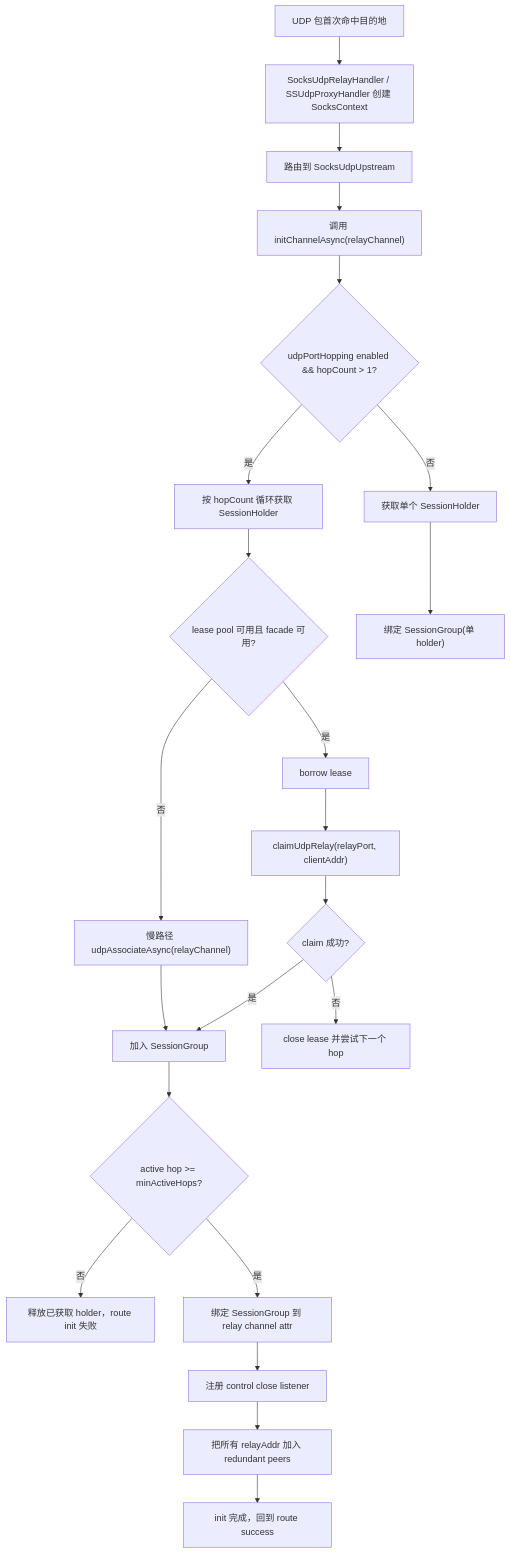
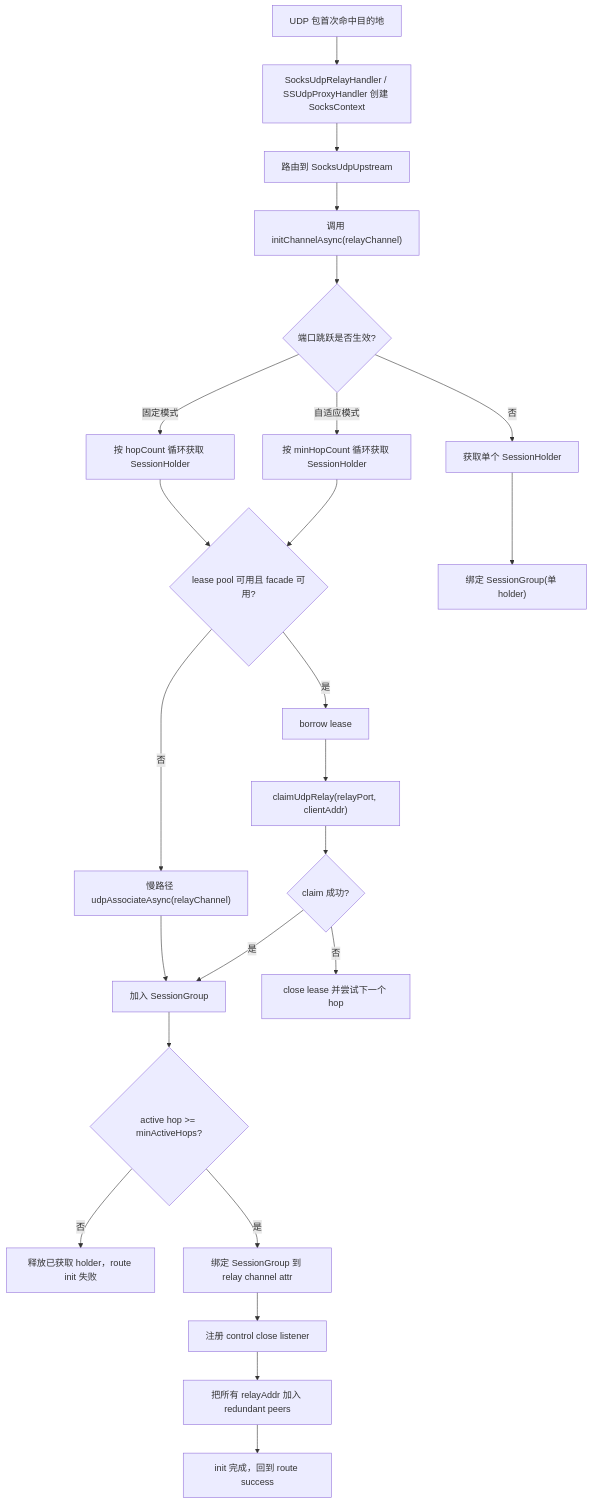
Before and after one commit to RockyLOMO/rxlib: the first of 4 diagrams in docs/plan/UdpSocks5UpstreamPortHopping-plan.md, drawn with Mermaid. The commit also changed other lines of this file and 7 other files, not shown here.

Commit message:
feat(socks): UDP Port Hopping 配置细化与处理器优化

````diff
--- a/docs/plan/UdpSocks5UpstreamPortHopping-plan.md
+++ b/docs/plan/UdpSocks5UpstreamPortHopping-plan.md
@@ -263,24 +323,26 @@
 ```mermaid
 flowchart TD
     A["UDP 包首次命中目的地"] --> B["SocksUdpRelayHandler / SSUdpProxyHandler 创建 SocksContext"]
     B --> C["路由到 SocksUdpUpstream"]
     C --> D["调用 initChannelAsync(relayChannel)"]
-    D --> E{"udpPortHopping enabled && hopCount > 1?"}
+    D --> E{"端口跳跃是否生效?"}
     E -- "否" --> F["获取单个 SessionHolder"]
-    E -- "是" --> G["按 hopCount 循环获取 SessionHolder"]
+    E -- "固定模式" --> G["按 hopCount 循环获取 SessionHolder"]
+    E -- "自适应模式" --> GA["按 minHopCount 循环获取 SessionHolder"]
+    GA --> H
     G --> H{"lease pool 可用且 facade 可用?"}
     H -- "是" --> I["borrow lease"]
     I --> J["claimUdpRelay(relayPort, clientAddr)"]
     J --> K{"claim 成功?"}
     K -- "是" --> L["加入 SessionGroup"]
     K -- "否" --> M["close lease 并尝试下一个 hop"]
     H -- "否" --> N["慢路径 udpAssociateAsync(relayChannel)"]
     N --> L
     F --> O["绑定 SessionGroup(单 holder)"]
     L --> P{"active hop >= minActiveHops?"}
     P -- "否" --> Q["释放已获取 holder，route init 失败"]
     P -- "是" --> R["绑定 SessionGroup 到 relay channel attr"]
     R --> S["注册 control close listener"]
     S --> T["把所有 relayAddr 加入 redundant peers"]
     T --> U["init 完成，回到 route success"]
 ```
````
